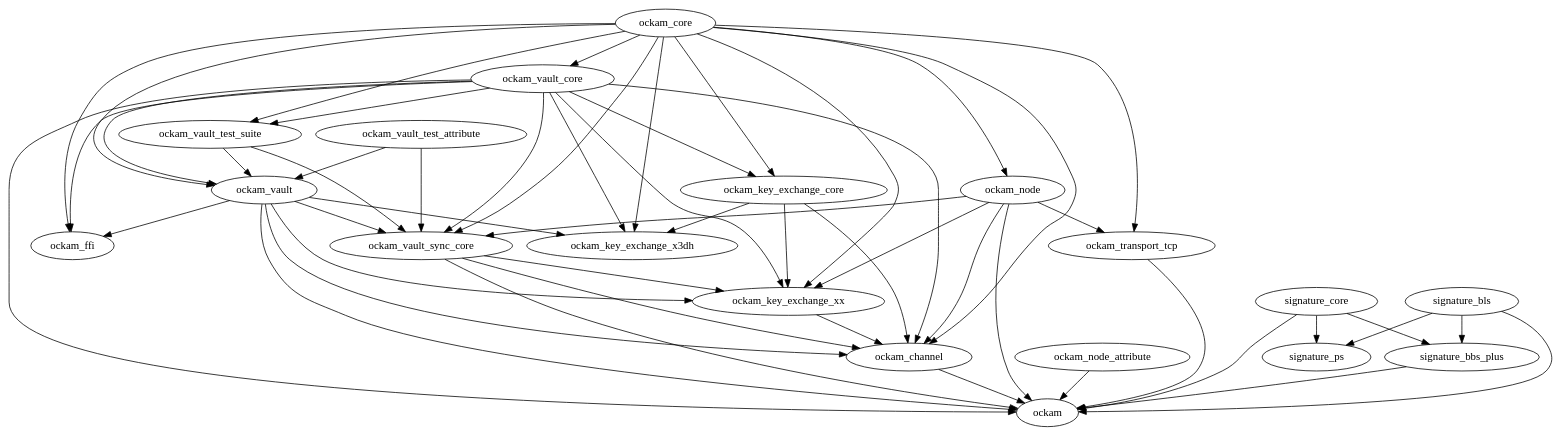
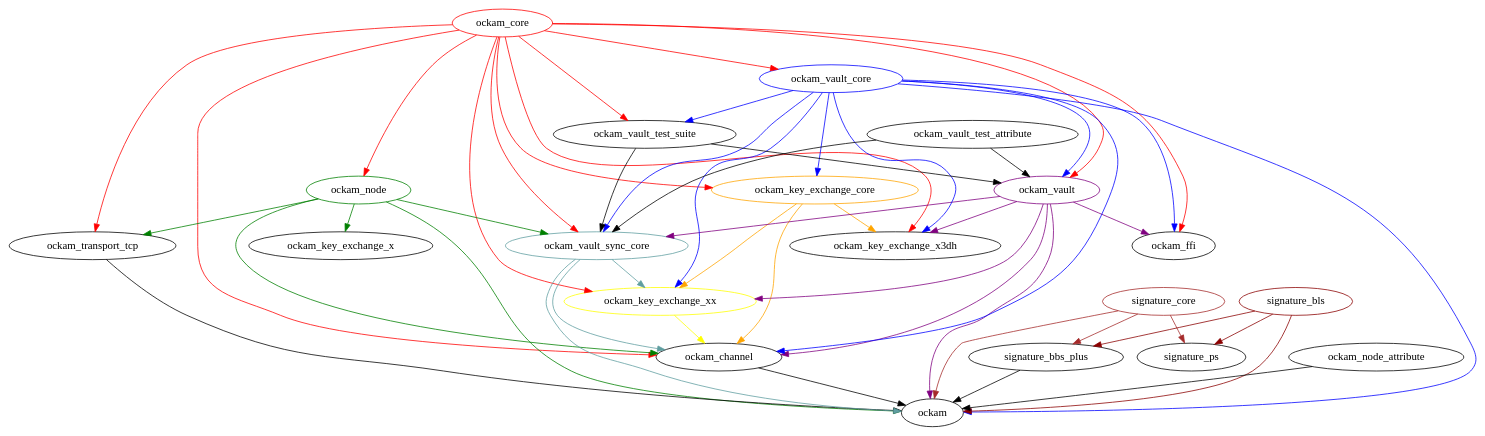
The diagram in documentation/architecture/ockam-crate-use.dot (build-trust/ockam), drawn with Graphviz before and after one commit. The commit also changed 1 other file, not shown here.

Commit message:
docs(rust): update crate graph and svg

```diff
--- a/documentation/architecture/ockam-crate-use.dot
+++ b/documentation/architecture/ockam-crate-use.dot
@@ -1,70 +1,82 @@
 digraph {
-ockam_core -> ockam_ffi;
-ockam_core -> ockam_key_exchange_core;
-ockam_core -> ockam_key_exchange_x3dh;
-ockam_core -> ockam_key_exchange_xx;
-ockam_core -> ockam_channel;
-ockam_core -> ockam_node;
-ockam_core -> ockam_vault;
-ockam_core -> ockam_transport_tcp;
-ockam_core -> ockam_vault_core;
-ockam_core -> ockam_vault_sync_core;
-ockam_core -> ockam_vault_test_suite;
+ockam_core [color=red];    
+ockam_core -> ockam_ffi [color=red];
+ockam_core -> ockam_key_exchange_core [color=red];
+ockam_core -> ockam_key_exchange_x3dh [color=red];
+ockam_core -> ockam_key_exchange_xx [color=red];
+ockam_core -> ockam_channel [color=red];
+ockam_core -> ockam_node [color=red];
+ockam_core -> ockam_vault [color=red];
+ockam_core -> ockam_transport_tcp [color=red];
+ockam_core -> ockam_vault_core [color=red];
+ockam_core -> ockam_vault_sync_core [color=red];
+ockam_core -> ockam_vault_test_suite [color=red];
 
-ockam_key_exchange_core  -> ockam_key_exchange_xx;
-ockam_key_exchange_core  -> ockam_key_exchange_x3dh;
-ockam_key_exchange_core -> ockam_channel;
+ockam_key_exchange_core [color=orange];
+ockam_key_exchange_core  -> ockam_key_exchange_xx [color=orange];
+ockam_key_exchange_core  -> ockam_key_exchange_x3dh [color=orange];
+ockam_key_exchange_core -> ockam_channel [color=orange];
 
-ockam_key_exchange_xx -> ockam_channel;
+ockam_key_exchange_xx [color=yellow];
+ockam_key_exchange_xx -> ockam_channel [color=yellow];
 
-ockam_node -> ockam;
-ockam_node -> ockam_key_exchange_xx;
-ockam_node -> ockam_channel;
-ockam_node -> ockam_transport_tcp;
-ockam_node -> ockam_vault_sync_core;
+ockam_node [color=green];
+ockam_node -> ockam [color=green];
+ockam_node -> ockam_key_exchange_x [color=green];
+ockam_node -> ockam_channel [color=green];
+ockam_node -> ockam_transport_tcp [color=green];
+ockam_node -> ockam_vault_sync_core [color=green];
 
-ockam_node_attribute -> ockam;
+ockam_vault_core [color=blue];
+ockam_vault_core -> ockam [color=blue];
+ockam_vault_core -> ockam_ffi [color=blue];
+ockam_vault_core -> ockam_key_exchange_core [color=blue];
+ockam_vault_core  -> ockam_key_exchange_x3dh [color=blue];
+ockam_vault_core -> ockam_channel [color=blue];
+ockam_vault_core  -> ockam_key_exchange_xx [color=blue];
+ockam_vault_core -> ockam_vault [color=blue];
+ockam_vault_core -> ockam_vault_sync_core [color=blue];
+ockam_vault_core -> ockam_vault_test_suite [color=blue];
 
-ockam_vault_core -> ockam;
-ockam_vault_core -> ockam_ffi;
-ockam_vault_core -> ockam_key_exchange_core;
-ockam_vault_core  -> ockam_key_exchange_x3dh;
-ockam_vault_core -> ockam_channel;
-ockam_vault_core  -> ockam_key_exchange_xx;
-ockam_vault_core -> ockam_vault;
-ockam_vault_core -> ockam_vault_sync_core;
-ockam_vault_core -> ockam_vault_test_suite;
 
-ockam_vault_sync_core -> ockam;
-ockam_vault_sync_core -> ockam_key_exchange_xx;
-ockam_vault_sync_core -> ockam_channel;
+ockam_vault_sync_core [color=cadetblue];
+ockam_vault_sync_core -> ockam [color=cadetblue];
+ockam_vault_sync_core -> ockam_key_exchange_xx [color=cadetblue];
+ockam_vault_sync_core -> ockam_channel [color=cadetblue];
 
-ockam_vault -> ockam;
-ockam_vault -> ockam_ffi;
-ockam_vault -> ockam_key_exchange_x3dh;
-ockam_vault -> ockam_key_exchange_xx;
-ockam_vault -> ockam_channel;
-ockam_vault -> ockam_vault_sync_core;
+ockam_vault [color=purple];
+ockam_vault -> ockam [color=purple];
+ockam_vault -> ockam_ffi [color=purple];
+ockam_vault -> ockam_key_exchange_x3dh [color=purple];
+ockam_vault -> ockam_key_exchange_xx [color=purple];
+ockam_vault -> ockam_channel [color=purple];
+ockam_vault -> ockam_vault_sync_core [color=purple];
 
+signature_core [color=brown];
+signature_core -> ockam [color=brown];
+signature_core -> signature_bbs_plus [color=brown];
+signature_core -> signature_ps [color=brown];
+
+signature_bls [color=darkred];
+signature_bls -> signature_bbs_plus [color=darkred];
+signature_bls -> signature_ps [color=darkred];
+signature_bls -> ockam [color=darkred];
 
 ockam_vault_test_suite -> ockam_vault;
 ockam_vault_test_suite -> ockam_vault_sync_core;
 
-
 ockam_vault_test_attribute -> ockam_vault;
 ockam_vault_test_attribute -> ockam_vault_sync_core;
+
+
+
+ockam_node_attribute -> ockam;
 
 ockam_transport_tcp -> ockam;
 
 ockam_channel -> ockam;
 
 signature_bbs_plus -> ockam;
 
-signature_core -> ockam;
-signature_core -> signature_bbs_plus;
-signature_core -> signature_ps;
 
-signature_bls -> signature_bbs_plus;
-signature_bls -> signature_ps;
-signature_bls -> ockam;
 }
```
